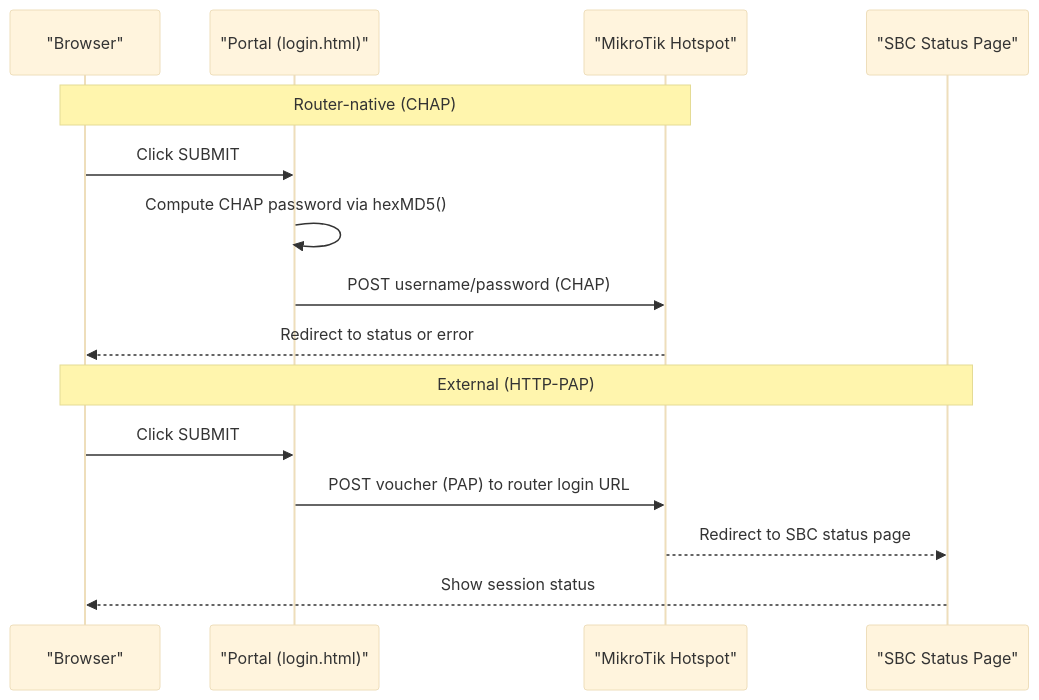
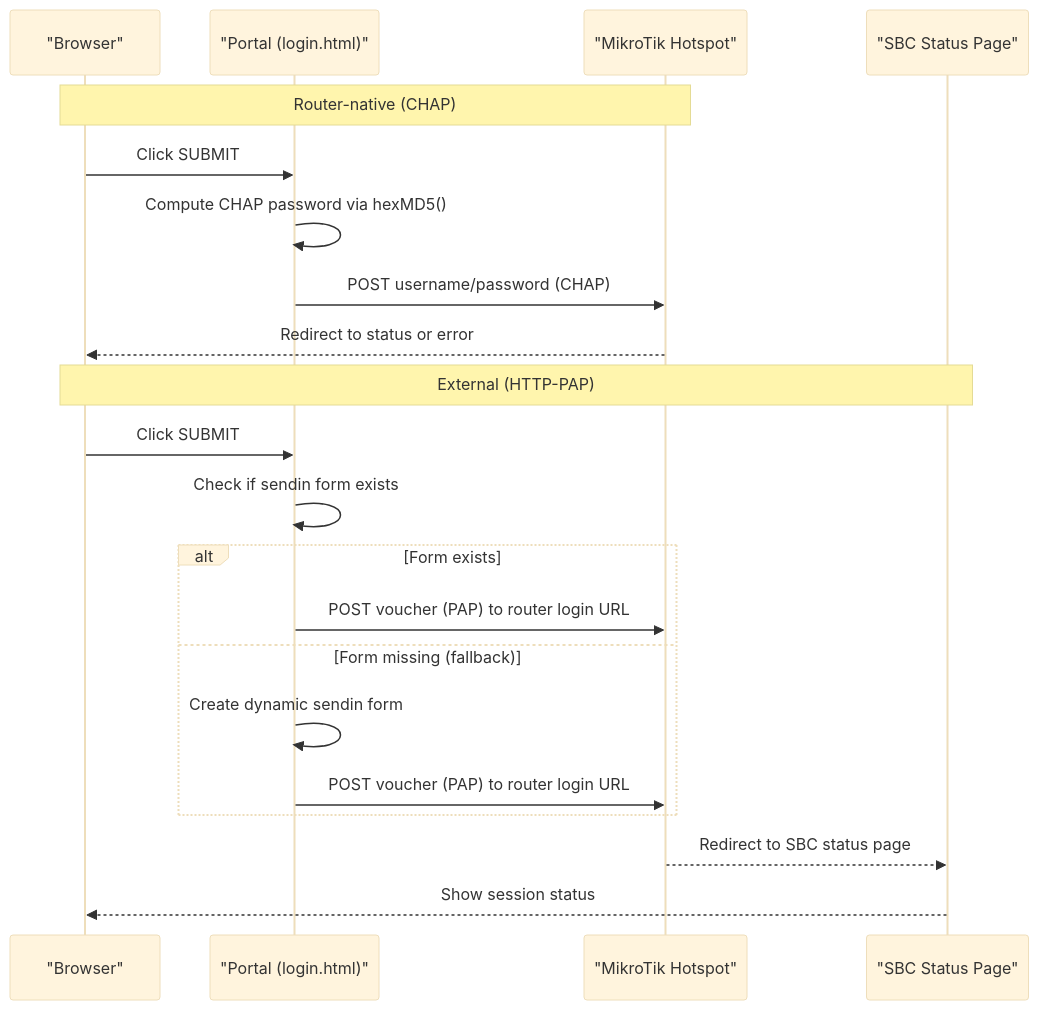
One commit to Djnirds1984/MT-CONTROLLER-PISOWIFI changed the second of 13 diagrams in .qoder/repowiki/en/content/Captive Portal Interface/Login Interface & Voucher Entry.md. Above: the diagram before and after it, drawn with Mermaid (base theme). The commit also changed other lines of this file and 8 other files, not shown here.

First line of the commit message:
feat(hotspot): enhance external mode with dynamic form fallback for voucher login

````diff
--- a/.qoder/repowiki/en/content/Captive Portal Interface/Login Interface & Voucher Entry.md
+++ b/.qoder/repowiki/en/content/Captive Portal Interface/Login Interface & Voucher Entry.md
@@ -104,17 +114,23 @@
 ```mermaid
 sequenceDiagram
 participant B as "Browser"
 participant L as "Portal (login.html)"
 participant R as "MikroTik Hotspot"
 participant S as "SBC Status Page"
 Note over B,R : Router-native (CHAP)
 B->>L : Click SUBMIT
 L->>L : Compute CHAP password via hexMD5()
 L->>R : POST username/password (CHAP)
 R-->>B : Redirect to status or error
 Note over B,S : External (HTTP-PAP)
 B->>L : Click SUBMIT
+L->>L : Check if sendin form exists
+alt Form exists
 L->>R : POST voucher (PAP) to router login URL
+else Form missing (fallback)
+L->>L : Create dynamic sendin form
+L->>R : POST voucher (PAP) to router login URL
+end
 R-->>S : Redirect to SBC status page
 S-->>B : Show session status
 ```
````
